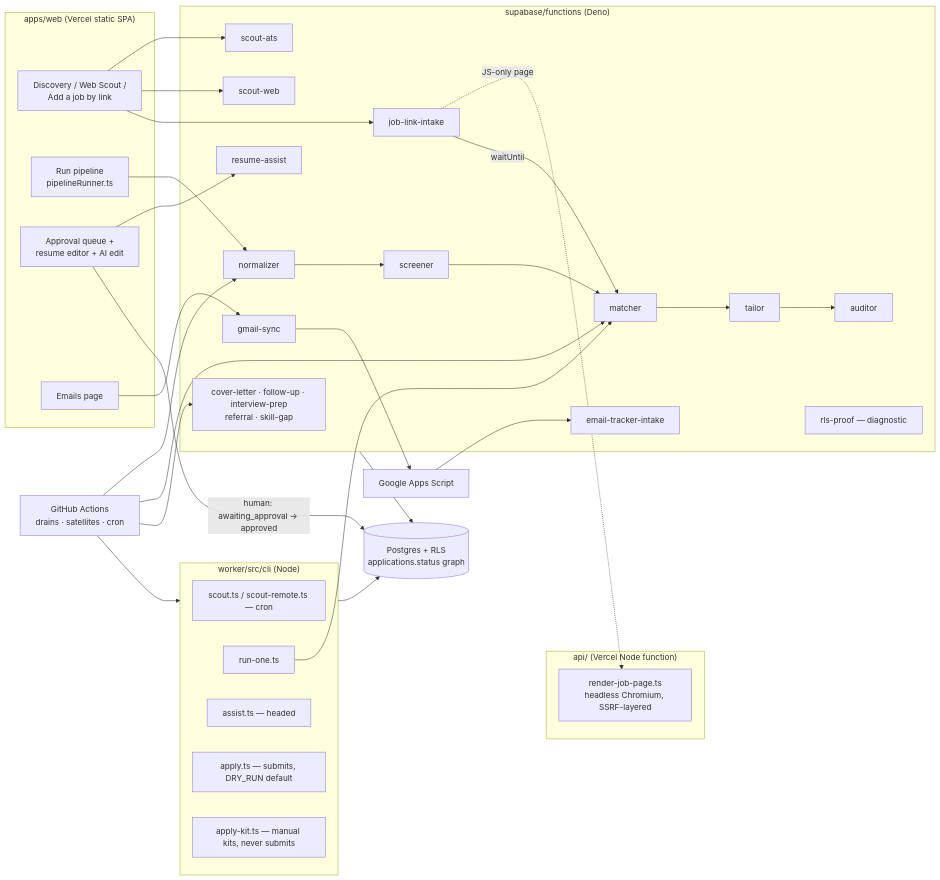
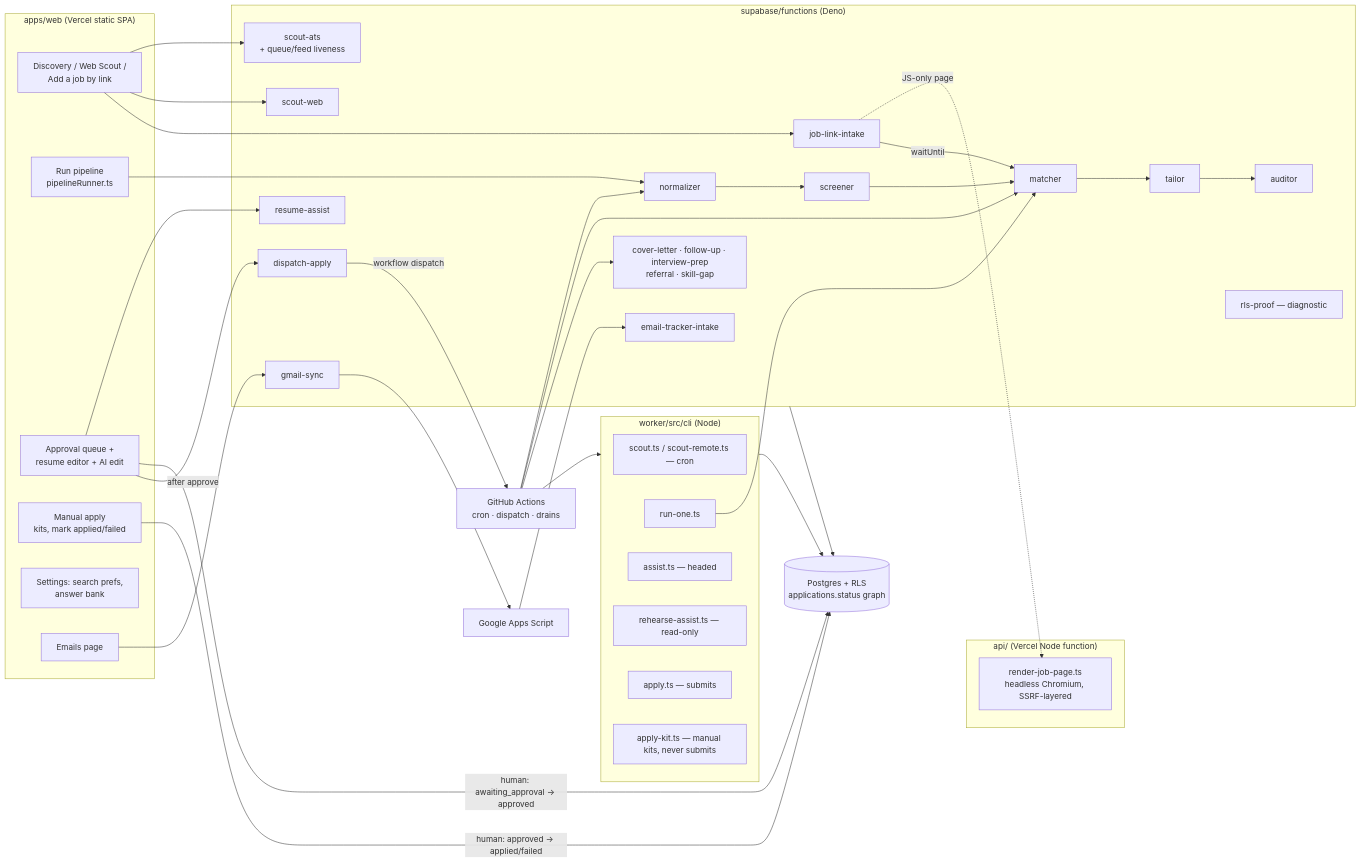
The first of 3 diagrams in docs/SYSTEM_ARCHITECTURE.md (MallamTeja/applyyy), drawn with Mermaid before and after one commit. The commit also changed other lines of this file and 98 other files, not shown here.

````diff
--- a/docs/SYSTEM_ARCHITECTURE.md
+++ b/docs/SYSTEM_ARCHITECTURE.md
@@ -26,49 +34,56 @@
 ```mermaid
 flowchart LR
   subgraph Browser["apps/web (Vercel static SPA)"]
     D[Discovery / Web Scout /<br/>Add a job by link]
     PR[Run pipeline<br/>pipelineRunner.ts]
     AQ[Approval queue +<br/>resume editor + AI edit]
+    MA[Manual apply<br/>kits, mark applied/failed]
+    SP[Settings: search prefs,<br/>answer bank]
     EM[Emails page]
   end
   subgraph Vercel["api/ (Vercel Node function)"]
     RJ[render-job-page.ts<br/>headless Chromium, SSRF-layered]
   end
   subgraph Edge["supabase/functions (Deno)"]
-    SA[scout-ats]
+    SA[scout-ats<br/>+ queue/feed liveness]
     SW[scout-web]
     JL[job-link-intake]
     N[normalizer] --> S[screener] --> M[matcher] --> T[tailor] --> A[auditor]
     AUX[cover-letter · follow-up · interview-prep<br/>referral · skill-gap]
     RA[resume-assist]
+    DA[dispatch-apply]
     ET[email-tracker-intake]
     GS[gmail-sync]
     RP[rls-proof — diagnostic]
   end
   subgraph Worker["worker/src/cli (Node)"]
     SC[scout.ts / scout-remote.ts — cron]
     RO[run-one.ts]
     AS[assist.ts — headed]
-    AP[apply.ts — submits, DRY_RUN default]
+    RH[rehearse-assist.ts — read-only]
+    AP[apply.ts — submits]
     AK[apply-kit.ts — manual kits, never submits]
   end
-  GHA[GitHub Actions<br/>drains · satellites · cron]
+  GHA[GitHub Actions<br/>cron · dispatch · drains]
   DB[(Postgres + RLS<br/>applications.status graph)]
   GAS[Google Apps Script] --> ET
   D --> SA
   D --> SW
   D --> JL
   JL -.->|JS-only page| RJ
   JL -->|waitUntil| M
   PR --> N
   RO --> M
   AQ --> RA
   AQ -->|human: awaiting_approval → approved| DB
+  AQ -->|after approve| DA
+  DA -->|workflow dispatch| GHA
+  MA -->|human: approved → applied/failed| DB
   EM --> GS --> GAS
   GHA --> N
   GHA --> M
   GHA --> AUX
   GHA --> Worker
   Edge --> DB
   Worker --> DB
 ```
````
